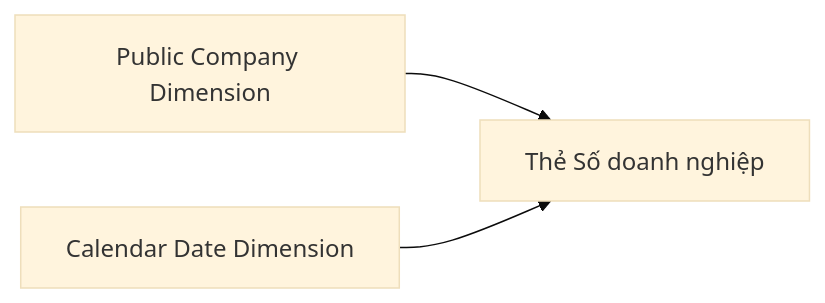
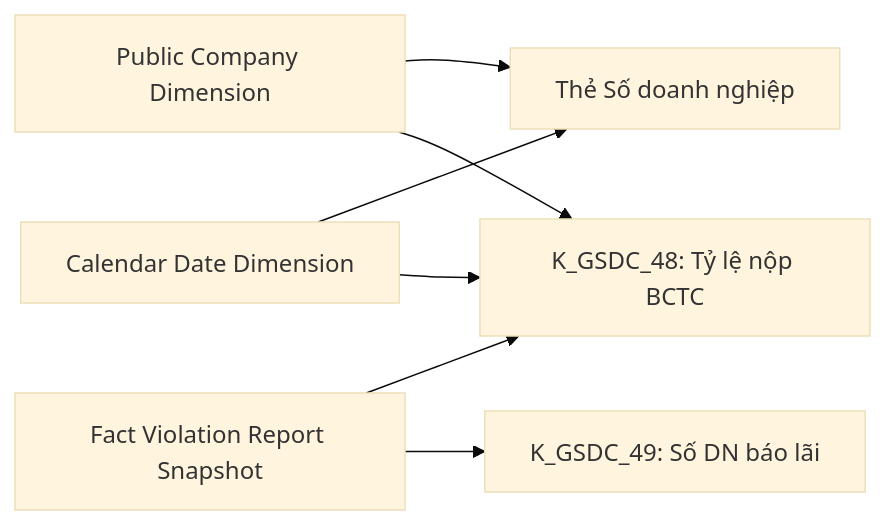
Diagram 12 of 40 in Datamart/hld/DTM_GSDC_HLD.md (linhlvit/ubck_atomic_design), drawn with Mermaid (base theme) before and after one commit. The commit also changed other lines of this file and 3 other files, not shown here.

````diff
--- a/Datamart/hld/DTM_GSDC_HLD.md
+++ b/Datamart/hld/DTM_GSDC_HLD.md
@@ -590,5 +642,9 @@
 ```mermaid
 flowchart LR
     public_company_dim["Public Company Dimension"] --> R1["Thẻ Số doanh nghiệp"]
     cdr_dt_dim["Calendar Date Dimension"] --> R1
+    fct_violation_rpt_snpst_g6["Fact Violation Report Snapshot"] --> R1b["K_GSDC_48: Tỷ lệ nộp BCTC"]
+    public_company_dim --> R1b
+    cdr_dt_dim --> R1b
+    fct_violation_rpt_snpst_g6 --> R1c["K_GSDC_49: Số DN báo lãi"]
 ```
````
